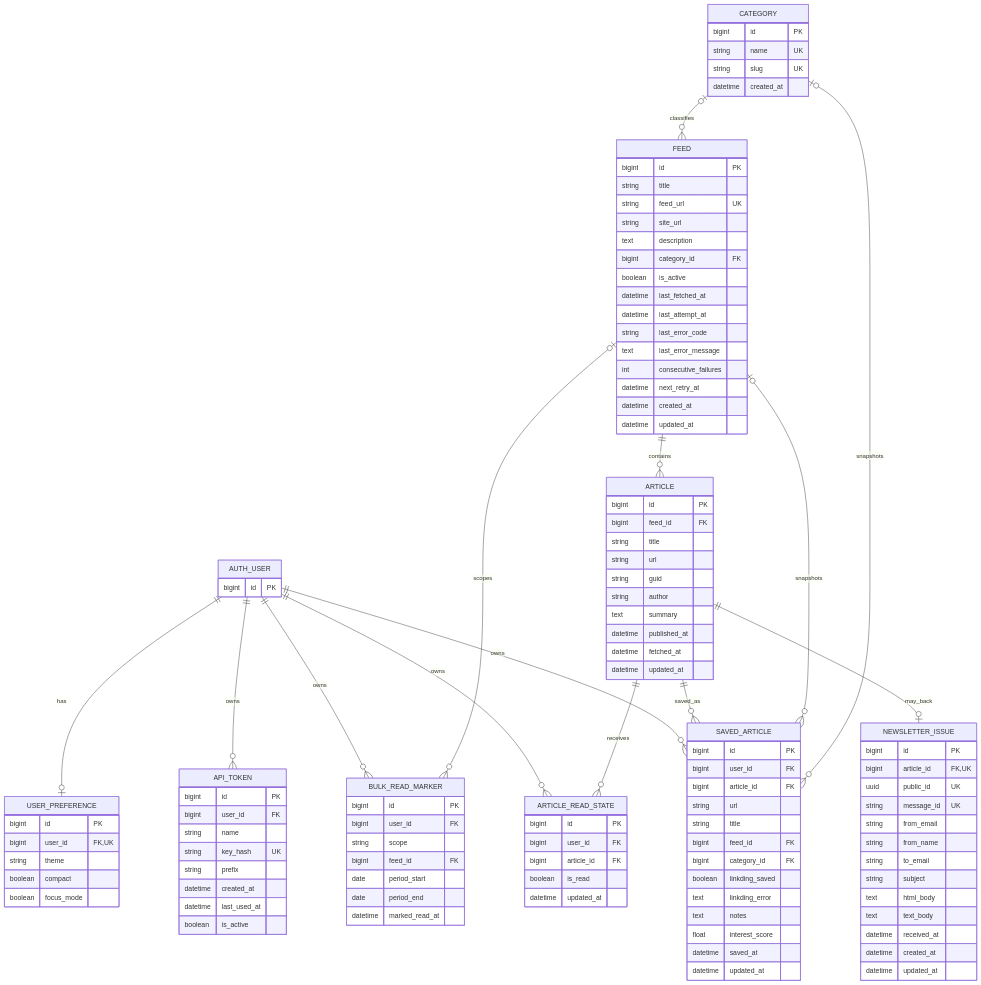
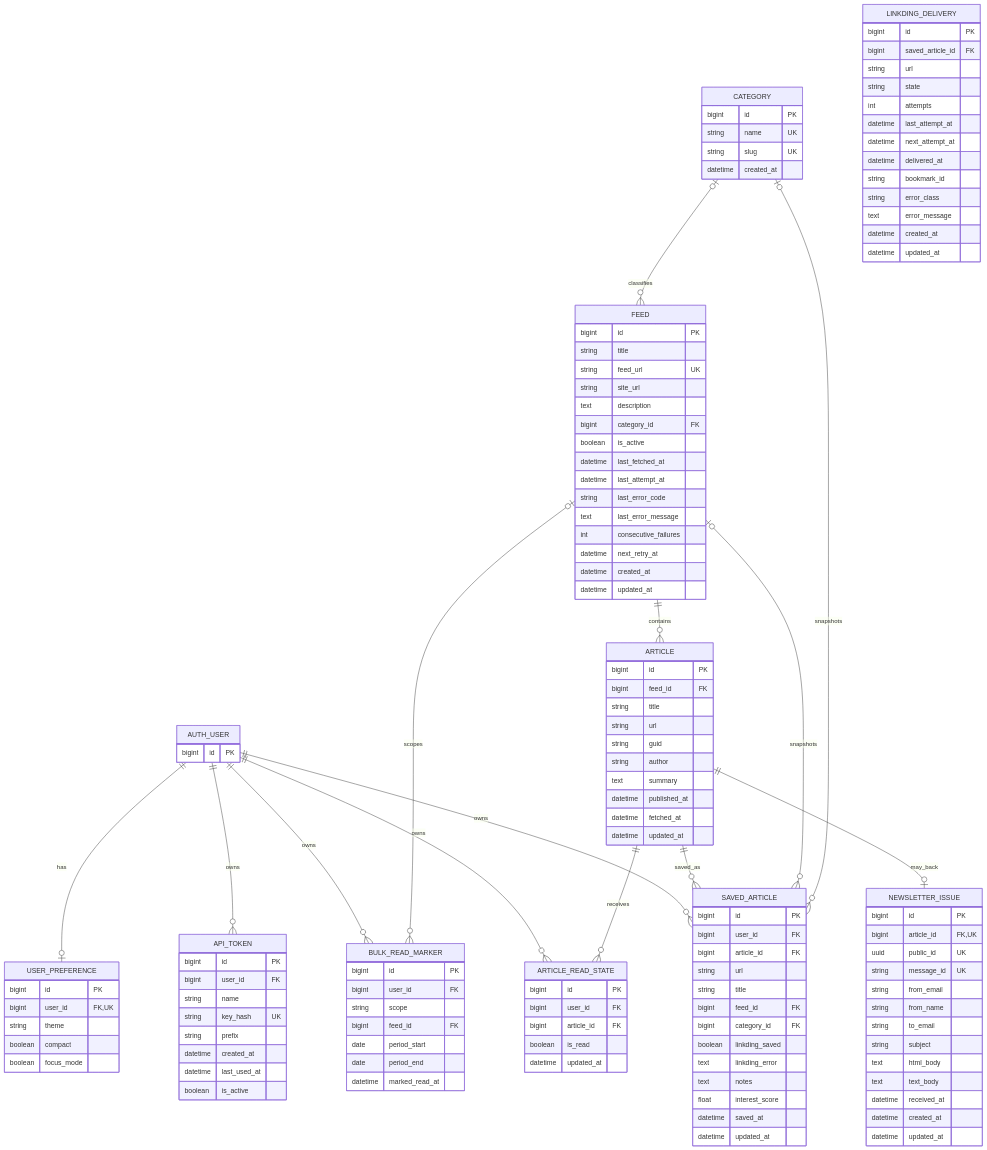
The fourth of 12 diagrams in docs/architecture/current-state.md (feoh/daily-firehose), drawn with Mermaid before and after one commit. The commit also changed other lines of this file and 13 other files, not shown here.

```diff
--- a/docs/architecture/current-state.md
+++ b/docs/architecture/current-state.md
@@ -357,6 +357,21 @@
         datetime saved_at
         datetime updated_at
     }
+    LINKDING_DELIVERY {
+        bigint id PK
+        bigint saved_article_id FK
+        string url
+        string state
+        int attempts
+        datetime last_attempt_at
+        datetime next_attempt_at
+        datetime delivered_at
+        string bookmark_id
+        string error_class
+        text error_message
+        datetime created_at
+        datetime updated_at
+    }
     ARTICLE_READ_STATE {
         bigint id PK
         bigint user_id FK
```
